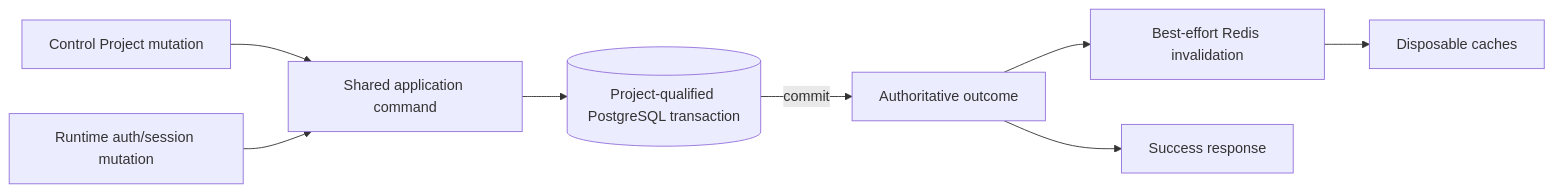
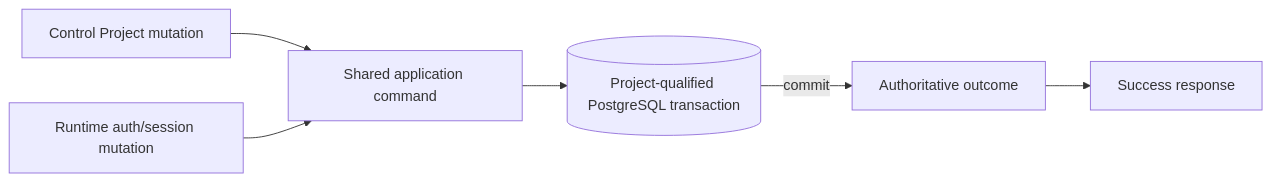
Before and after one commit to owlfoundry/owlauth: the first of 3 diagrams in spec/08-consistency-resilience-and-plane-separation.md, drawn with Mermaid. The commit also changed other lines of this file and 155 other files, not shown here.

````diff
--- a/spec/08-consistency-resilience-and-plane-separation.md
+++ b/spec/08-consistency-resilience-and-plane-separation.md
@@ -7,10 +7,8 @@
 ```mermaid
 flowchart LR
     C[Control Project mutation] --> A[Shared application command]
     R[Runtime auth/session mutation] --> A
     A --> T[(Project-qualified PostgreSQL transaction)]
     T -->|commit| O[Authoritative outcome]
-    O --> I[Best-effort Redis invalidation]
     O --> RESP[Success response]
-    I --> CACHE[Disposable caches]
 ```
````
